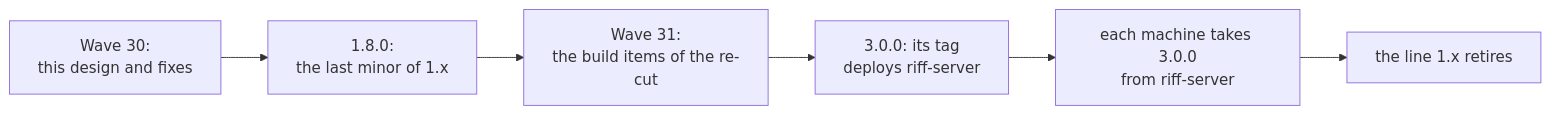
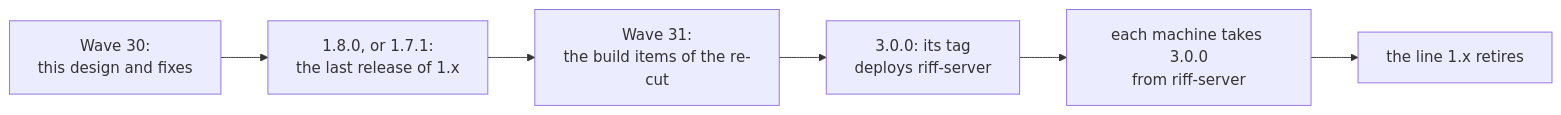
The third of 3 diagrams in docs/src/riff-3.md (como-technologies/riff), drawn with Mermaid before and after one commit. The commit also changed other lines of this file and 1 other file, not shown here.

Commit message:
WIP: no milestone word outside the forge parts

````diff
--- a/docs/src/riff-3.md
+++ b/docs/src/riff-3.md
@@ -117,8 +117,8 @@
 ```mermaid
 flowchart LR
-    W30["Wave 30:<br/>this design and fixes"] --> R18["1.8.0:<br/>the last minor of 1.x"]
+    W30["Wave 30:<br/>this design and fixes"] --> R18["1.8.0, or 1.7.1:<br/>the last release of 1.x"]
     R18 --> W31["Wave 31:<br/>the build items of the re-cut"]
     W31 --> R3["3.0.0: its tag<br/>deploys riff-server"]
     R3 --> U["each machine takes 3.0.0<br/>from riff-server"]
     U --> X["the line 1.x retires"]
 ```
````
